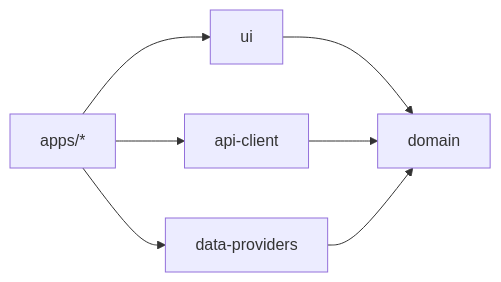
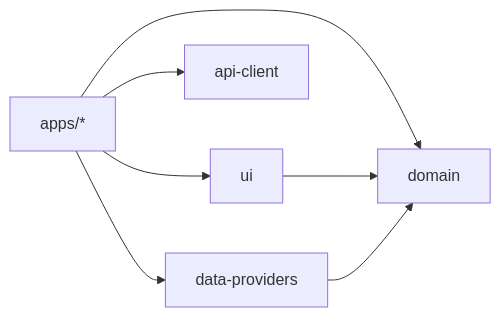
The second of 2 diagrams in docs/architecture/repository-structure.md (StonehengeKh/abfall-radar), drawn with Mermaid before and after one commit. The commit also changed other lines of this file and 2 other files, not shown here.

First line of the commit message:
docs(web): define responsive web schedule architecture

````diff
--- a/docs/architecture/repository-structure.md
+++ b/docs/architecture/repository-structure.md
@@ -81,9 +88,9 @@
 ```mermaid
 flowchart LR
   Apps["apps/*"] --> UI["ui"]
   Apps --> Client["api-client"]
   Apps --> Providers["data-providers"]
-  UI --> Domain["domain"]
-  Client --> Domain
+  Apps --> Domain["domain"]
+  UI --> Domain
   Providers --> Domain
 ```
````
